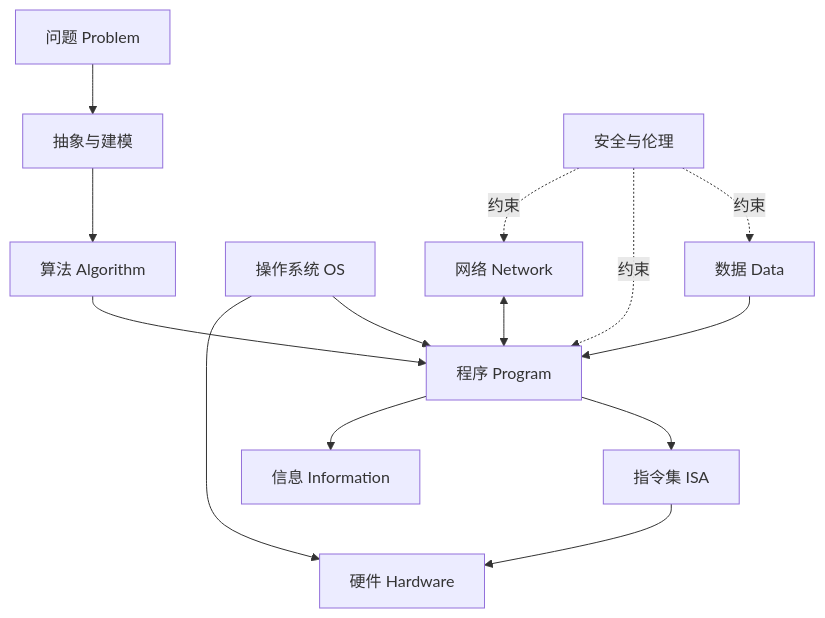
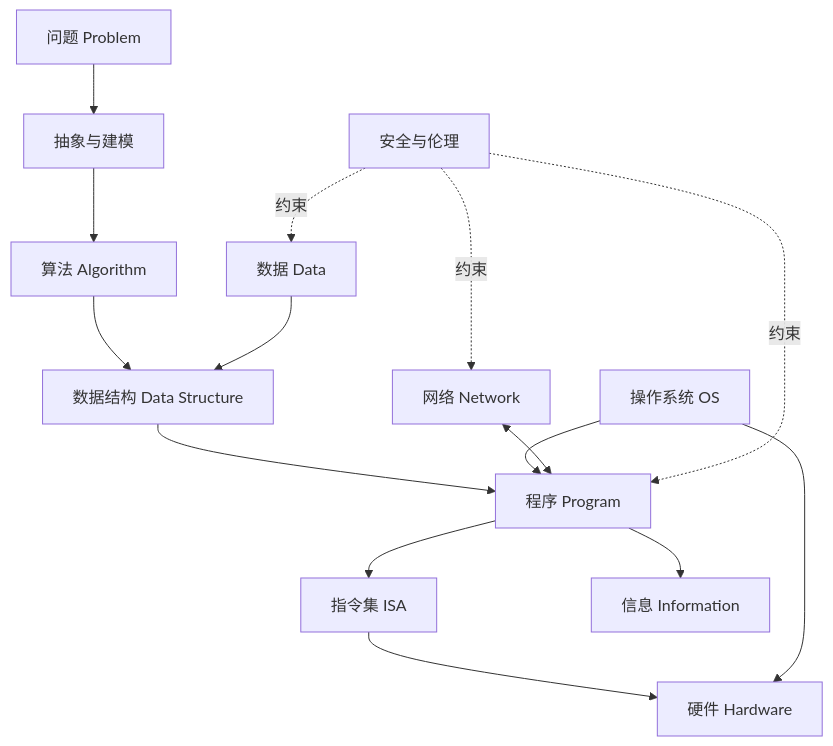
The second of 2 diagrams in 计算机系统/计算机科学引论/MOC - 计算机科学引论.md (danlingdan/ComputerKnowledgeBase), drawn with Mermaid before and after one commit. The commit also changed other lines of this file and 450 other files, not shown here.

````diff
--- a/计算机系统/计算机科学引论/MOC - 计算机科学引论.md
+++ b/计算机系统/计算机科学引论/MOC - 计算机科学引论.md
@@ -92,16 +95,17 @@
 ```mermaid
 flowchart TD
   P[问题 Problem] --> A[抽象与建模]
   A --> ALG[算法 Algorithm]
-  ALG --> PROG[程序 Program]
+  ALG --> DS[数据结构 Data Structure]
+  DATA[数据 Data] --> DS
+  DS --> PROG[程序 Program]
   PROG --> ISA[指令集 ISA]
   ISA --> HW[硬件 Hardware]
   OS[操作系统 OS] --> PROG
   OS --> HW
-  DATA[数据 Data] --> PROG
   PROG --> INFO[信息 Information]
   NET[网络 Network] <--> PROG
   SEC[安全与伦理] -.约束.-> DATA
   SEC -.约束.-> PROG
   SEC -.约束.-> NET
 ```
````
